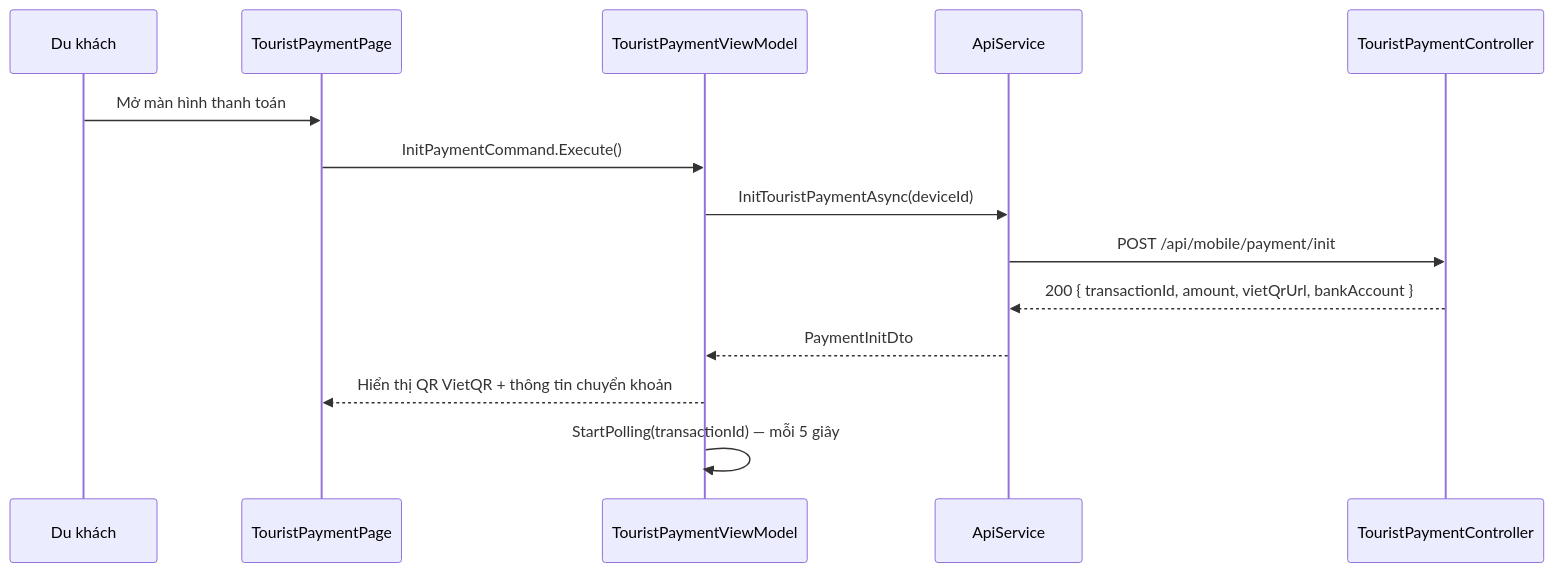
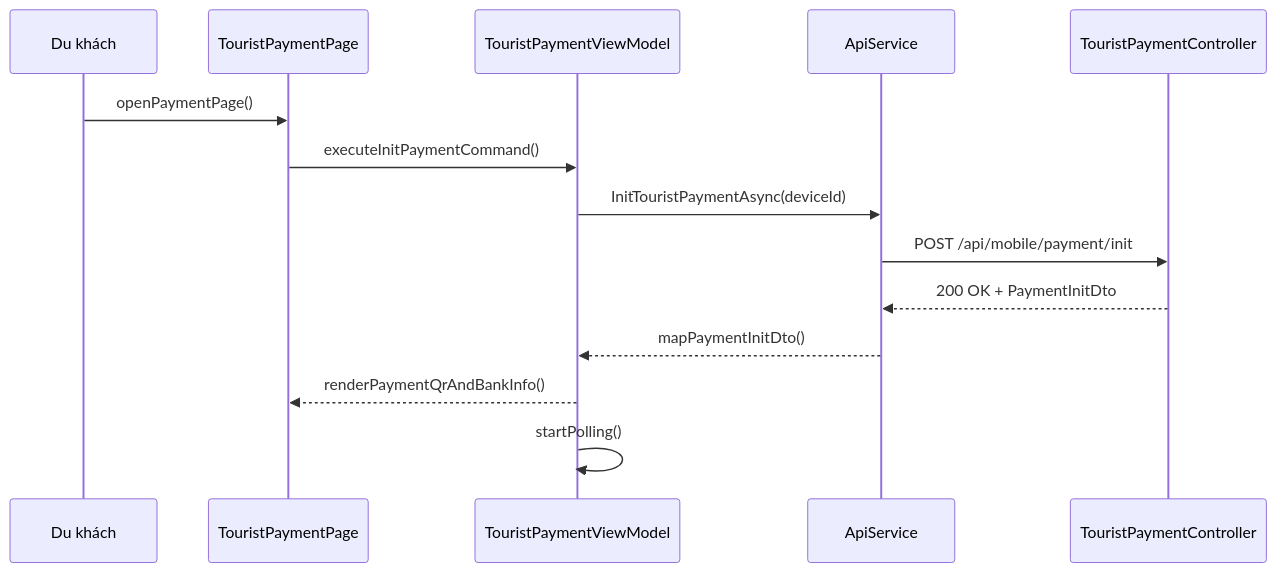
Before and after one commit to quynhtien1977/AudioGo: diagram 20 of 58 in PRD.md, drawn with Mermaid. The commit also changed other lines of this file and 2 other files, not shown here.

````diff
--- a/PRD.md
+++ b/PRD.md
@@ -1172,17 +1214,17 @@
 ```mermaid
 sequenceDiagram
     participant User as Du khách
     participant PayPage as TouristPaymentPage
     participant PayVM as TouristPaymentViewModel
     participant API as ApiService
     participant PayCtrl as TouristPaymentController
 
-    User ->> PayPage: Mở màn hình thanh toán
-    PayPage ->> PayVM: InitPaymentCommand.Execute()
+    User ->> PayPage: openPaymentPage()
+    PayPage ->> PayVM: executeInitPaymentCommand()
     PayVM ->> API: InitTouristPaymentAsync(deviceId)
     API ->> PayCtrl: POST /api/mobile/payment/init
-    PayCtrl -->> API: 200 { transactionId, amount, vietQrUrl, bankAccount }
-    API -->> PayVM: PaymentInitDto
-    PayVM -->> PayPage: Hiển thị QR VietQR + thông tin chuyển khoản
-    PayVM ->> PayVM: StartPolling(transactionId) — mỗi 5 giây
+    PayCtrl -->> API: 200 OK + PaymentInitDto
+    API -->> PayVM: mapPaymentInitDto()
+    PayVM -->> PayPage: renderPaymentQrAndBankInfo()
+    PayVM ->> PayVM: startPolling()
 ```
````
